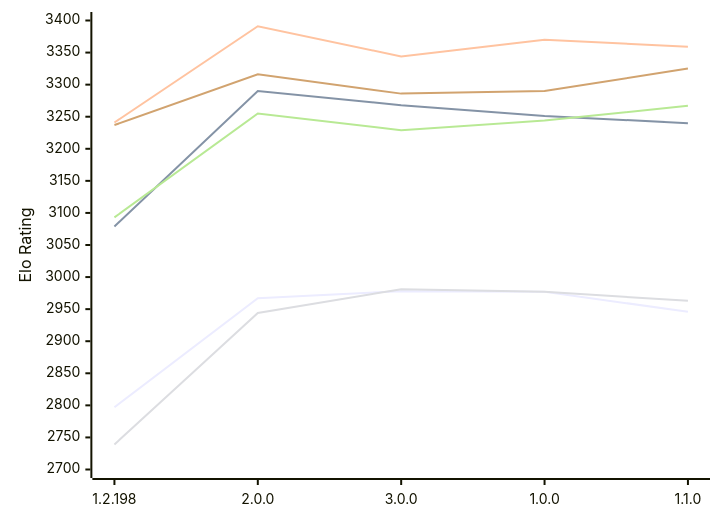
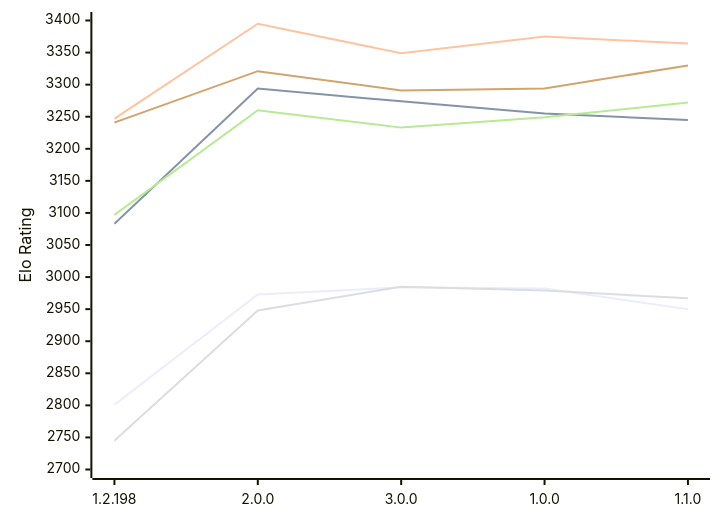
The diagram in engines/Trebuchet.md (computer-chess-index/cci), drawn with Mermaid before and after one commit. The commit also changed other lines of this file, not shown here.

Commit message:
Update CCI Ratings (ELO VLTC) - 2026-11-20

````diff
--- a/engines/Trebuchet.md
+++ b/engines/Trebuchet.md
@@ -55,12 +55,12 @@
 ```mermaid
 %%{init: {"theme":"base","themeVariables":{"seriesColors:['#a3a3a3','#222221','#faa371']}}}%%
 xychart-beta
   x-axis ["1.2.198", "2.0.0", "3.0.0", "1.0.0", "1.1.0"]
   y-axis "Elo Rating" 2700 --> 3400
-  line "E1: STC (8.0+0.08s)" [2797, 2967, 2978, 2977, 2946]
-  line "E1: LTC (60.0+0.60s)" [3079, 3290, 3268, 3251, 3240]
-  line "E1: VLTC (2m24s+1.12s)" [3241, 3391, 3344, 3370, 3359]
-  line "P1: STC (8.0+0.08s)" [2739, 2944, 2981, 2977, 2963]
-  line "P1: LTC (60.0+0.60s)" [3093, 3255, 3229, 3244, 3267]
-  line "P1: VLTC (2m24s+1.12s)" [3237, 3316, 3286, 3290, 3325]
+  line "E1: STC (8.0+0.08s)" [2801, 2973, 2984, 2982, 2950]
+  line "E1: LTC (60.0+0.60s)" [3083, 3294, 3274, 3255, 3245]
+  line "E1: VLTC (2m24s+1.12s)" [3247, 3395, 3349, 3375, 3364]
+  line "P1: STC (8.0+0.08s)" [2745, 2948, 2985, 2979, 2967]
+  line "P1: LTC (60.0+0.60s)" [3097, 3260, 3233, 3249, 3272]
+  line "P1: VLTC (2m24s+1.12s)" [3241, 3321, 3291, 3294, 3330]
 ```
````
